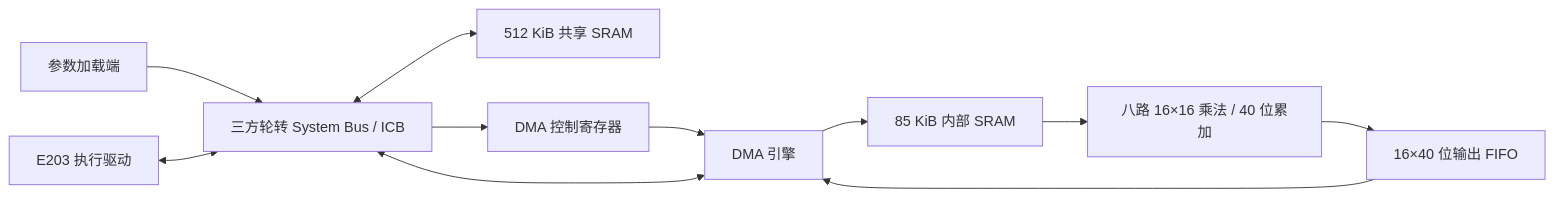
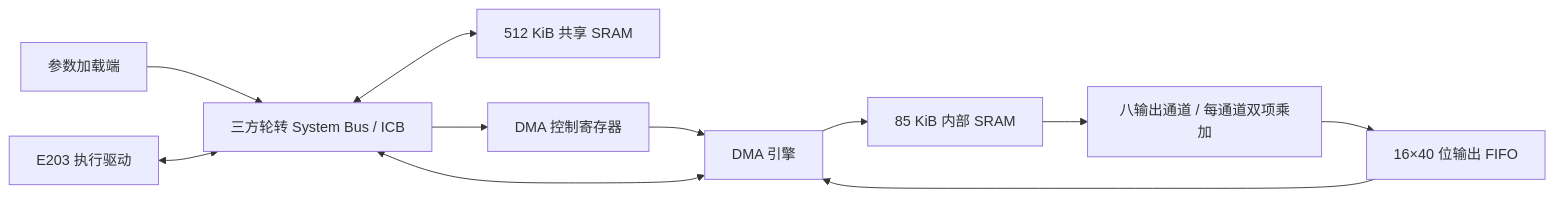
One commit to hhaxi/keyword_transfomer_accelerator changed the diagram in docs/architecture.md. Above: the diagram before and after it, drawn with Mermaid. The commit also changed other lines of this file and 21 other files, not shown here.

````diff
--- a/docs/architecture.md
+++ b/docs/architecture.md
@@ -67,13 +67,13 @@
 ```mermaid
 flowchart LR
     H[参数加载端] --> B[三方轮转 System Bus / ICB]
     C[E203 执行驱动] <--> B
     B <--> S[512 KiB 共享 SRAM]
     B --> A[DMA 控制寄存器]
     A --> E[DMA 引擎]
     E <--> B
     E --> M[85 KiB 内部 SRAM]
-    M --> D[八路 16×16 乘法 / 40 位累加]
+    M --> D[八输出通道 / 每通道双项乘加]
     D --> O[16×40 位输出 FIFO]
     O --> E
 ```
````
